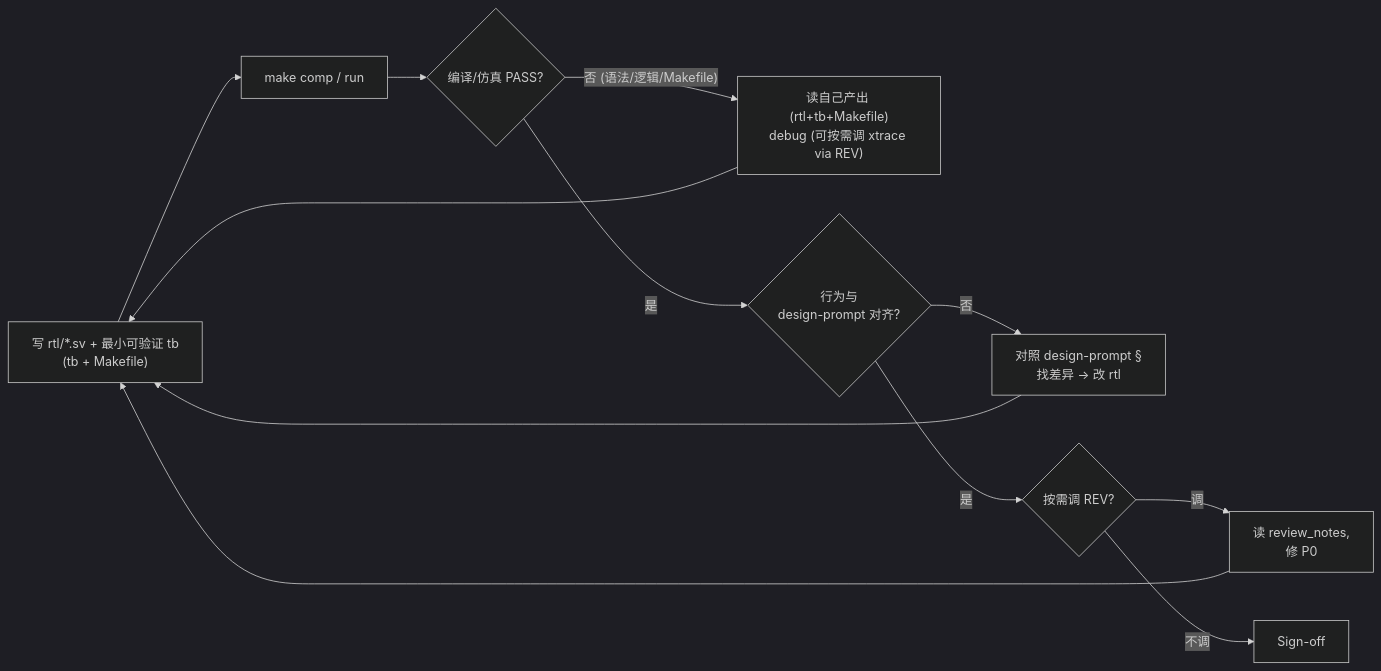
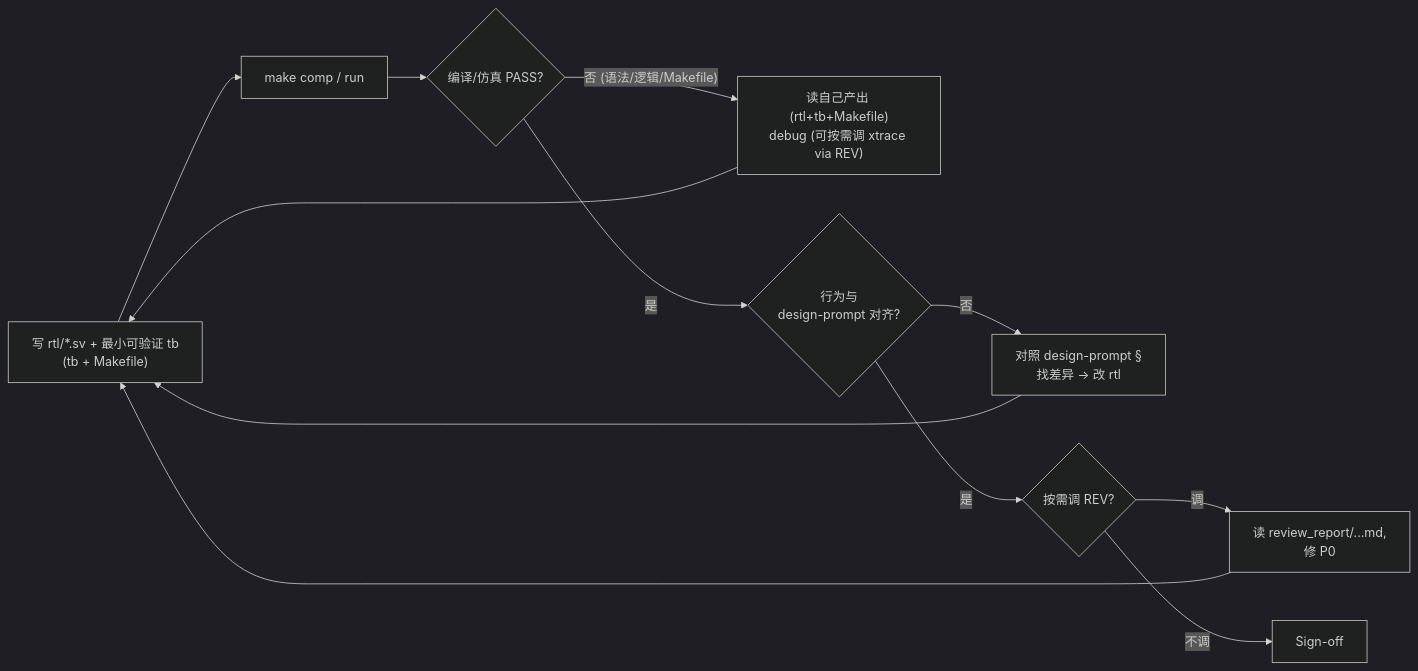
The diagram in ppa-lab-copilot/agents/rtl-designer.md (AArlert/rkv_v1pro_labs), drawn with Mermaid (dark theme) before and after one commit. The commit also changed other lines of this file and 14 other files, not shown here.

First line of the commit message:
feat(ppa-lab-copilot): workflow v3 — state.md merge, review_report/ dir, orchestrator memory

````diff
--- a/ppa-lab-copilot/agents/rtl-designer.md
+++ b/ppa-lab-copilot/agents/rtl-designer.md
@@ -64,11 +64,11 @@
 ```mermaid
 flowchart LR
     R1["写 rtl/*.sv + 最小可验证 tb<br/>(tb + Makefile)"] --> R2["make comp / run"]
     R2 --> R3{"编译/仿真 PASS?"}
     R3 -- "否 (语法/逻辑/Makefile)" --> R4["读自己产出 (rtl+tb+Makefile)<br/>debug (可按需调 xtrace via REV)"] --> R1
     R3 -- "是" --> R5{"行为与<br/>design-prompt 对齐?"}
     R5 -- "否" --> R6["对照 design-prompt §<br/>找差异 → 改 rtl"] --> R1
     R5 -- "是" --> R7{"按需调 REV?"}
-    R7 -- "调" --> R8["读 review_notes,<br/>修 P0"] --> R1
+    R7 -- "调" --> R8["读 review_report/...md,<br/>修 P0"] --> R1
     R7 -- "不调" --> R9["Sign-off"]
 ```
````
